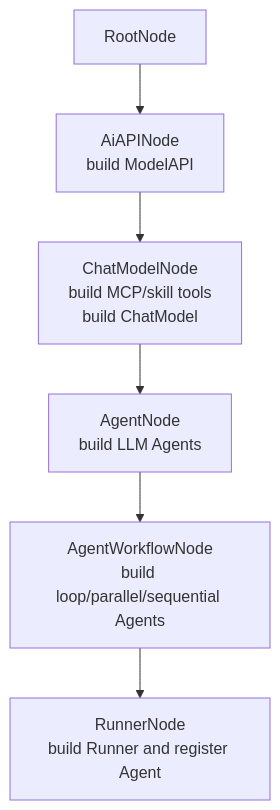
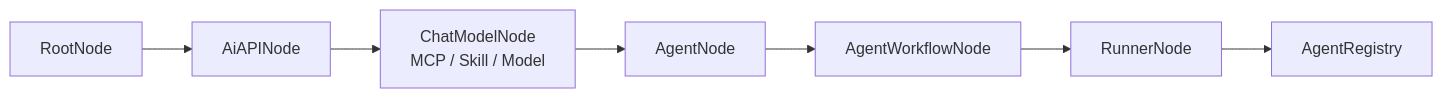
Before and after one commit to bdbd2yy/drawio-agent-go: the fourth of 4 diagrams in README.md, drawn with Mermaid. The commit also changed other lines of this file and 1 other file, not shown here.

````diff
--- a/README.md
+++ b/README.md
@@ -171,8 +298,9 @@
 ```mermaid
-flowchart TD
-    Root["RootNode"] --> Api["AiAPINode<br/>build ModelAPI"]
-    Api --> ChatModel["ChatModelNode<br/>build MCP/skill tools<br/>build ChatModel"]
-    ChatModel --> Agent["AgentNode<br/>build LLM Agents"]
-    Agent --> Workflow["AgentWorkflowNode<br/>build loop/parallel/sequential Agents"]
-    Workflow --> Runner["RunnerNode<br/>build Runner and register Agent"]
+flowchart LR
+    Root["RootNode"] --> API["AiAPINode"]
+    API --> ChatModel["ChatModelNode<br/>MCP / Skill / Model"]
+    ChatModel --> Agent["AgentNode"]
+    Agent --> Workflow["AgentWorkflowNode"]
+    Workflow --> Runner["RunnerNode"]
+    Runner --> Registry["AgentRegistry"]
 ```
````
